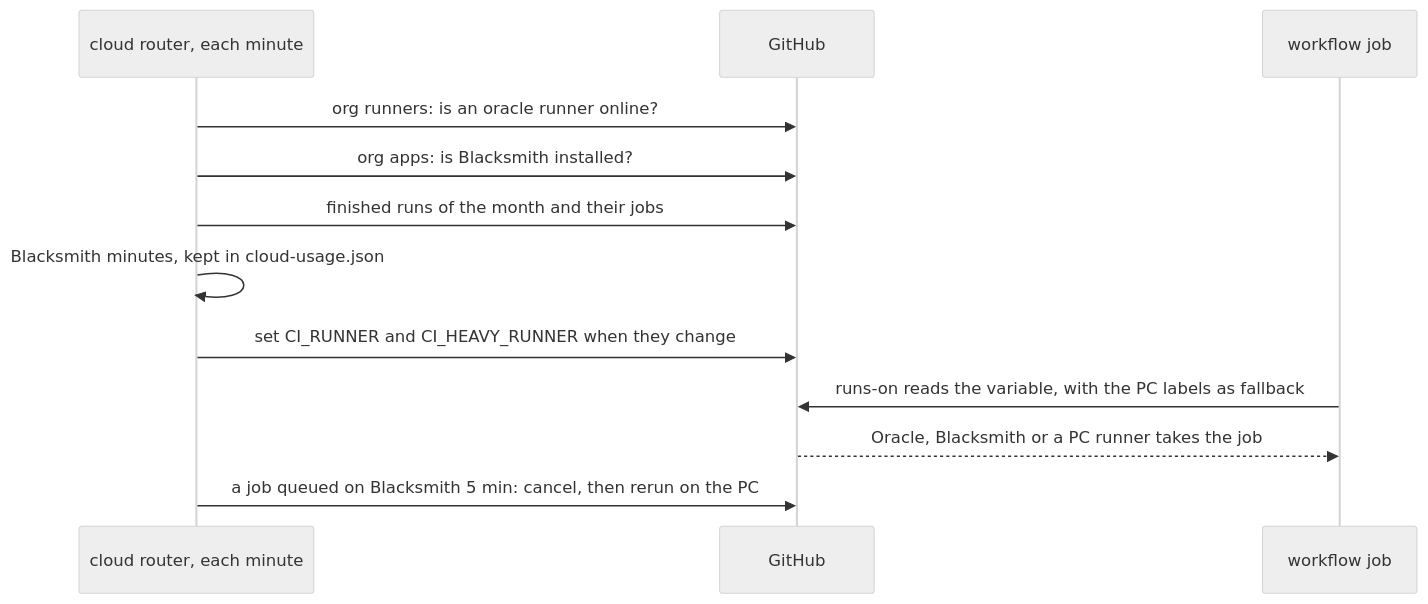
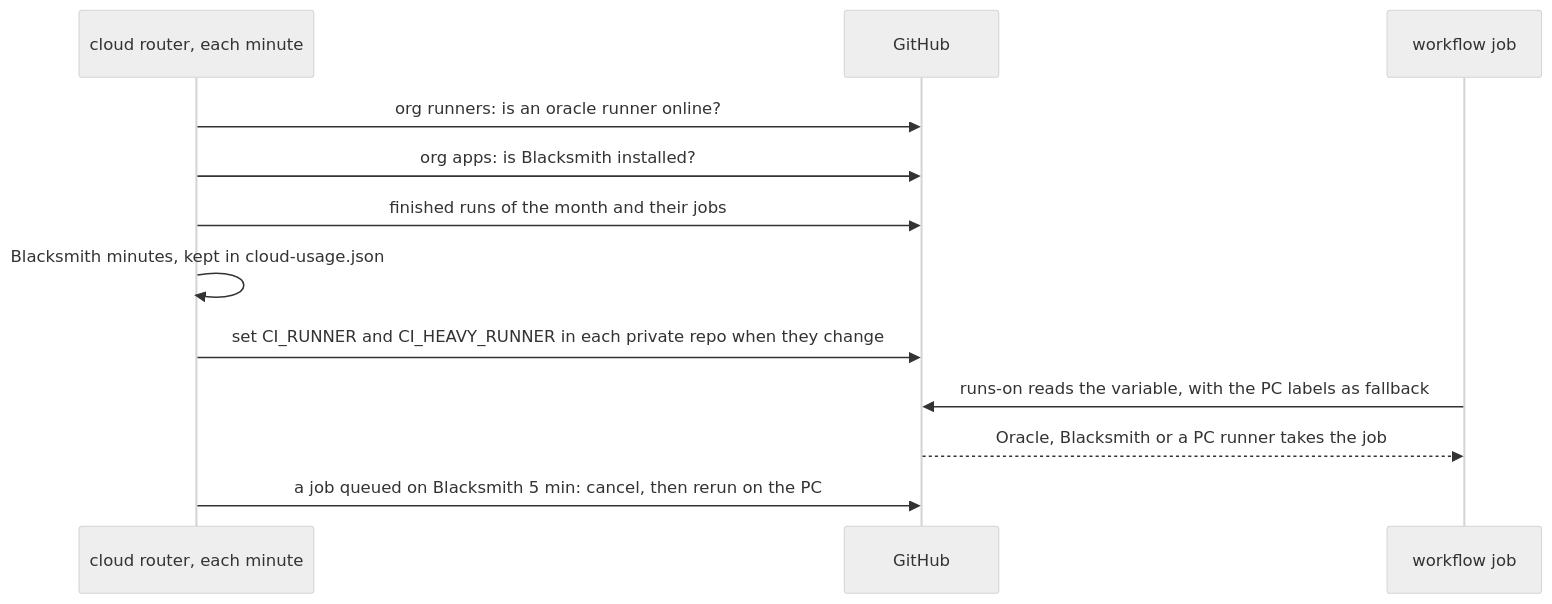
Before and after one commit to workbench-soft/local-ci: the third of 5 diagrams in docs/architecture.md, drawn with Mermaid (neutral theme). The commit also changed other lines of this file and 6 other files, not shown here.

First line of the commit message:
dashboard: write the runner variables into each private repo

````diff
--- a/docs/architecture.md
+++ b/docs/architecture.md
@@ -83,14 +83,14 @@
 ```mermaid
 sequenceDiagram
   participant R as cloud router, each minute
   participant G as GitHub
   participant W as workflow job
   R->>G: org runners: is an oracle runner online?
   R->>G: org apps: is Blacksmith installed?
   R->>G: finished runs of the month and their jobs
   R->>R: Blacksmith minutes, kept in cloud-usage.json
-  R->>G: set CI_RUNNER and CI_HEAVY_RUNNER when they change
+  R->>G: set CI_RUNNER and CI_HEAVY_RUNNER in each private repo when they change
   W->>G: runs-on reads the variable, with the PC labels as fallback
   G-->>W: Oracle, Blacksmith or a PC runner takes the job
   R->>G: a job queued on Blacksmith 5 min: cancel, then rerun on the PC
 ```
````
